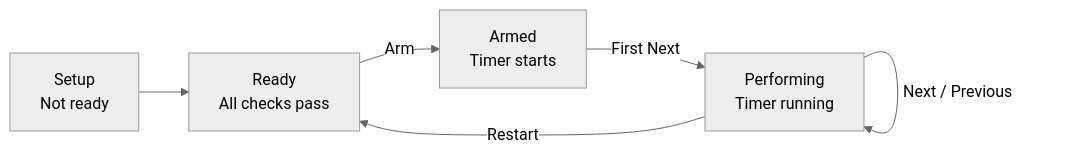
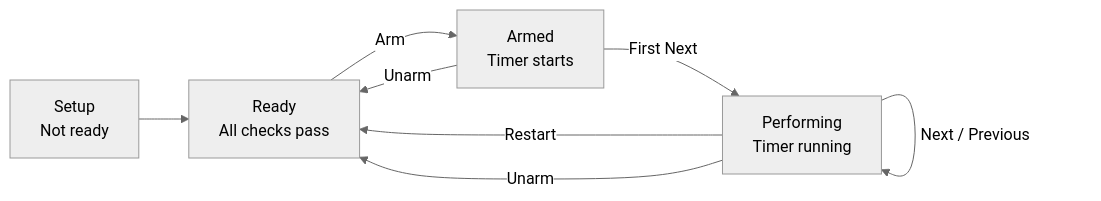
Before and after one commit to jorgevallejos/live-lyric-translator: the first of 2 diagrams in README.md, drawn with Mermaid (neutral theme).

Commit message:
Refine README and clarify app workflow

````diff
--- a/README.md
+++ b/README.md
@@ -104,10 +104,13 @@
 ```mermaid
 flowchart LR
 
 Setup["Setup\nNot ready"] --> Ready["Ready\nAll checks pass"]
 Ready -->|Arm| Armed["Armed\nTimer starts"]
 Armed -->|First Next| Performing["Performing\nTimer running"]
 
 Performing -->|Next / Previous| Performing
 Performing -->|Restart| Ready
+
+Armed -->|Unarm| Ready
+Performing -->|Unarm| Ready
 ```
````
